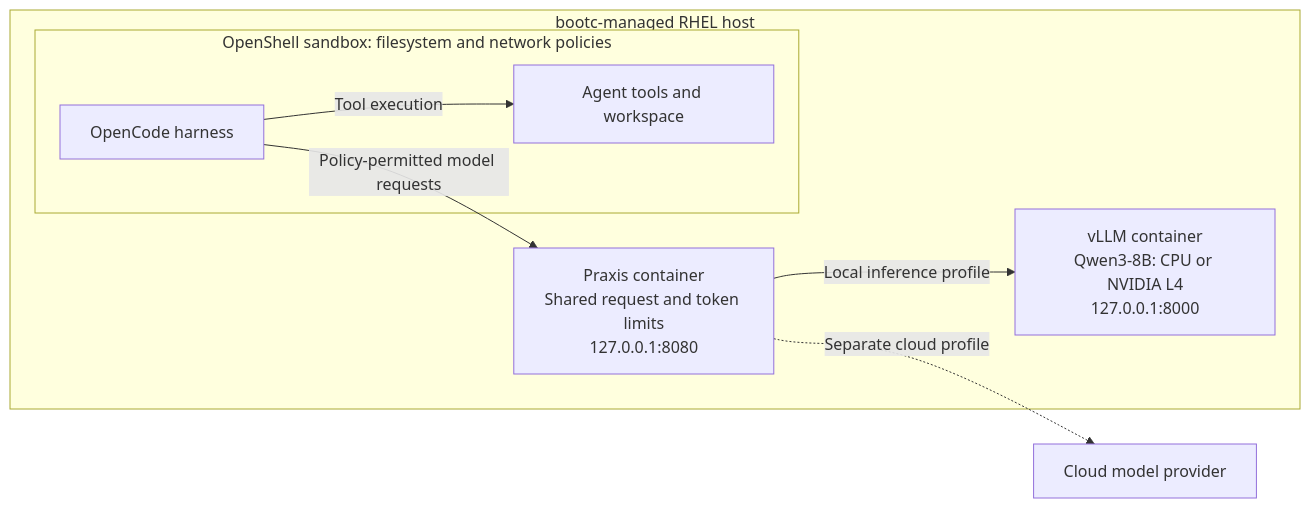
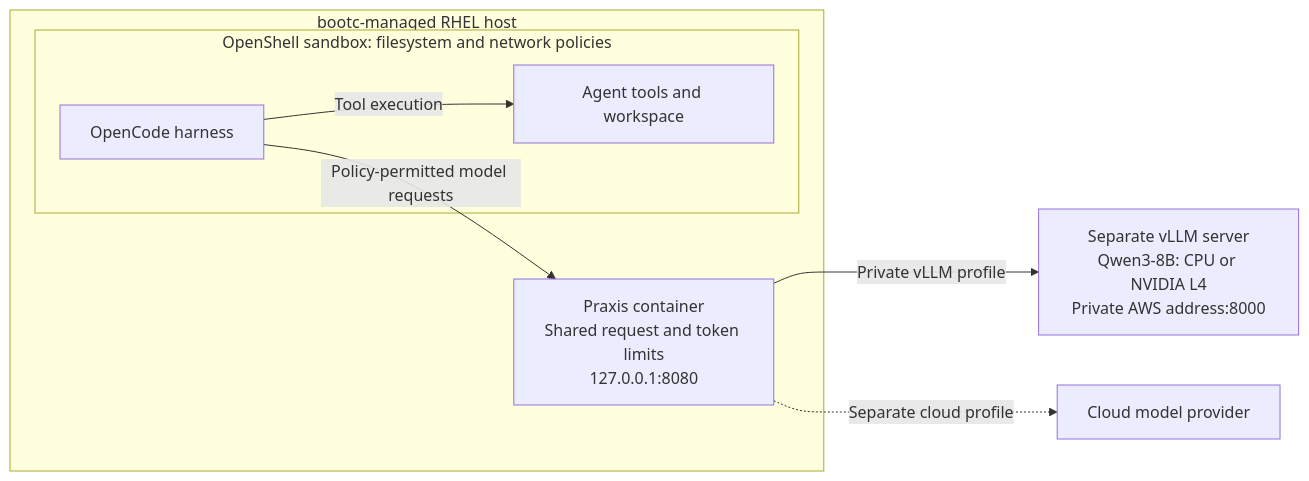
One commit to Ladas/secure-single-server changed the diagram in README.md. Above: the diagram before and after it, drawn with Mermaid. The commit also changed other lines of this file and 25 other files, not shown here.

Commit message:
feat(vllm): support separate AWS inference servers

````diff
--- a/README.md
+++ b/README.md
@@ -38,15 +39,15 @@
 ```mermaid
 flowchart LR
     subgraph Host["bootc-managed RHEL host"]
         subgraph Sandbox["OpenShell sandbox: filesystem and network policies"]
             H["OpenCode harness"]
             T["Agent tools and workspace"]
             H -->|Tool execution| T
         end
         P["Praxis container<br/>Shared request and token limits<br/>127.0.0.1:8080"]
-        V["vLLM container<br/>Qwen3-8B: CPU or NVIDIA L4<br/>127.0.0.1:8000"]
         H -->|Policy-permitted model requests| P
-        P -->|Local inference profile| V
     end
+    V["Separate vLLM server<br/>Qwen3-8B: CPU or NVIDIA L4<br/>Private AWS address:8000"]
+    P -->|Private vLLM profile| V
     P -. Separate cloud profile .-> Provider["Cloud model provider"]
 ```
````
